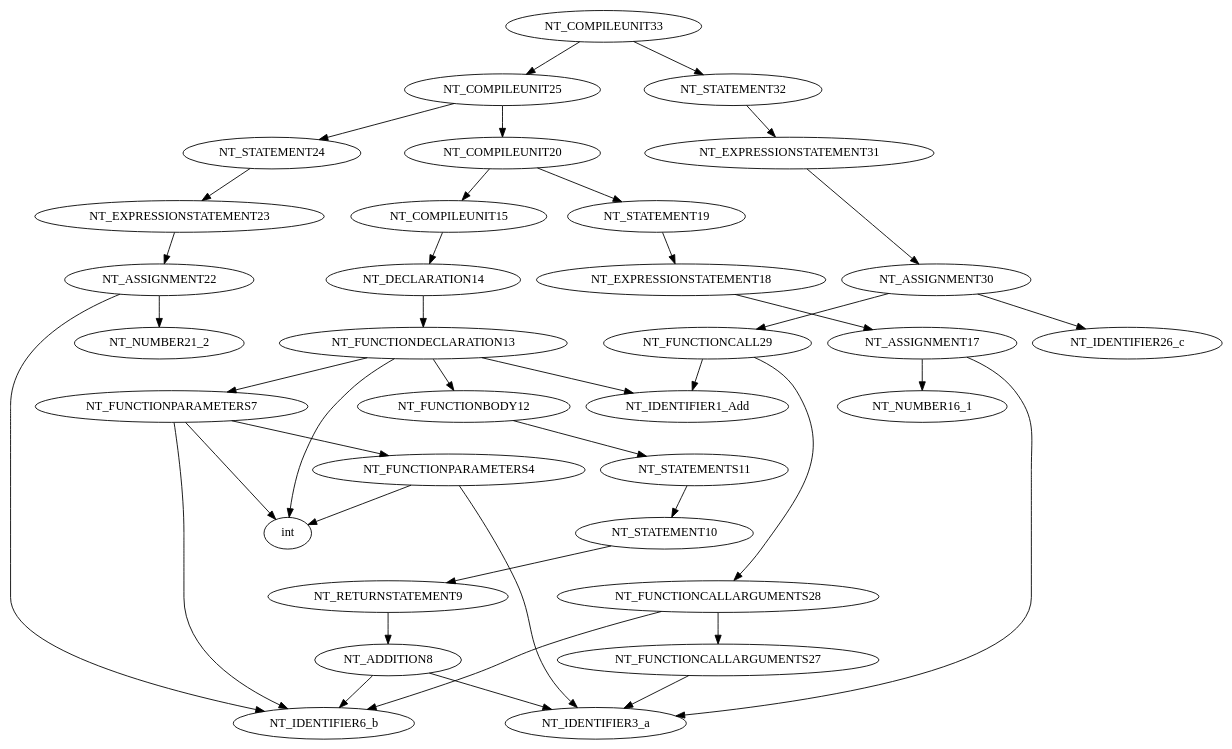
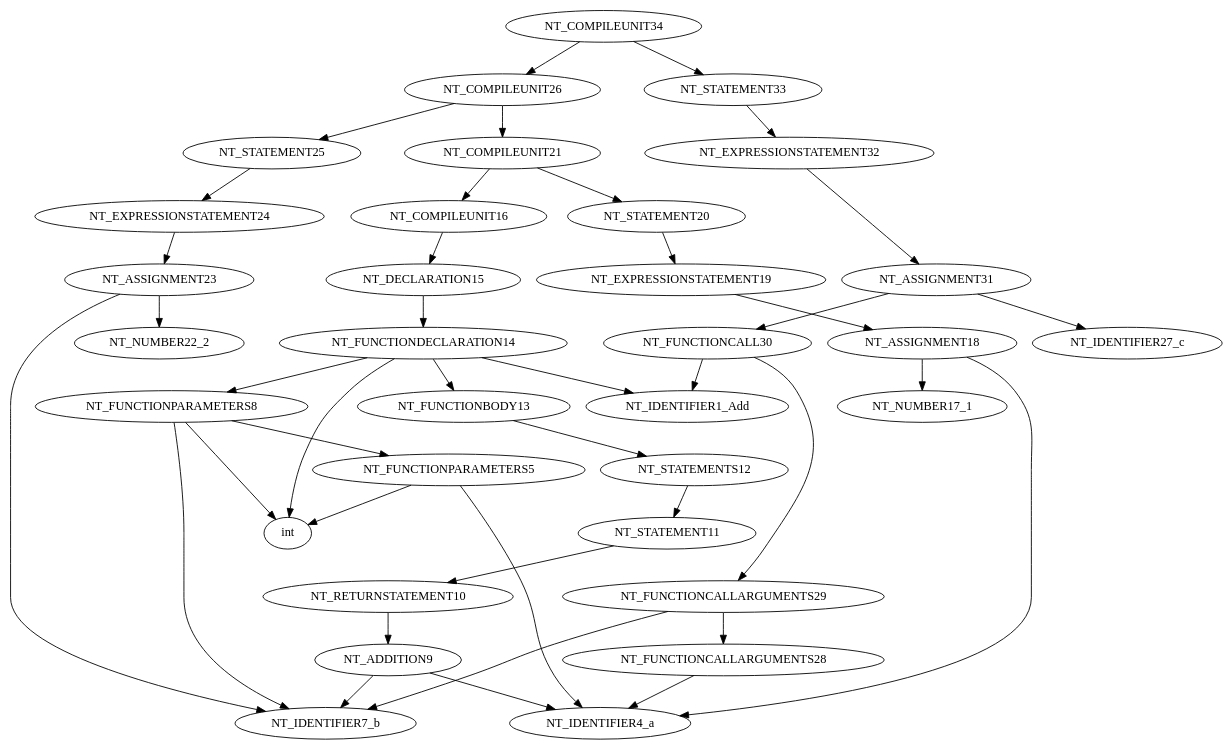
The diagram in BisonIntro/SyntaxTree.dot (dhmhgreCompilers1/BisonTutorial2022), drawn with Graphviz before and after one commit. The commit also changed 5 other files, not shown here.

```diff
--- a/BisonIntro/SyntaxTree.dot
+++ b/BisonIntro/SyntaxTree.dot
@@ -1,42 +1,42 @@
 digraph G {
-	"NT_COMPILEUNIT33"->"NT_COMPILEUNIT25";
-	"NT_COMPILEUNIT25"->"NT_COMPILEUNIT20";
-	"NT_COMPILEUNIT20"->"NT_COMPILEUNIT15";
-	"NT_COMPILEUNIT15"->"NT_DECLARATION14";
-	"NT_DECLARATION14"->"NT_FUNCTIONDECLARATION13";
-	"NT_FUNCTIONDECLARATION13"->"int";
-	"NT_FUNCTIONDECLARATION13"->"NT_IDENTIFIER1_Add";
-	"NT_FUNCTIONDECLARATION13"->"NT_FUNCTIONPARAMETERS7";
-	"NT_FUNCTIONPARAMETERS7"->"NT_FUNCTIONPARAMETERS4";
-	"NT_FUNCTIONPARAMETERS4"->"int";
-	"NT_FUNCTIONPARAMETERS4"->"NT_IDENTIFIER3_a";
-	"NT_FUNCTIONPARAMETERS7"->"int";
-	"NT_FUNCTIONPARAMETERS7"->"NT_IDENTIFIER6_b";
-	"NT_FUNCTIONDECLARATION13"->"NT_FUNCTIONBODY12";
-	"NT_FUNCTIONBODY12"->"NT_STATEMENTS11";
-	"NT_STATEMENTS11"->"NT_STATEMENT10";
-	"NT_STATEMENT10"->"NT_RETURNSTATEMENT9";
-	"NT_RETURNSTATEMENT9"->"NT_ADDITION8";
-	"NT_ADDITION8"->"NT_IDENTIFIER3_a";
-	"NT_ADDITION8"->"NT_IDENTIFIER6_b";
-	"NT_COMPILEUNIT20"->"NT_STATEMENT19";
-	"NT_STATEMENT19"->"NT_EXPRESSIONSTATEMENT18";
-	"NT_EXPRESSIONSTATEMENT18"->"NT_ASSIGNMENT17";
-	"NT_ASSIGNMENT17"->"NT_IDENTIFIER3_a";
-	"NT_ASSIGNMENT17"->"NT_NUMBER16_1";
-	"NT_COMPILEUNIT25"->"NT_STATEMENT24";
-	"NT_STATEMENT24"->"NT_EXPRESSIONSTATEMENT23";
-	"NT_EXPRESSIONSTATEMENT23"->"NT_ASSIGNMENT22";
-	"NT_ASSIGNMENT22"->"NT_IDENTIFIER6_b";
-	"NT_ASSIGNMENT22"->"NT_NUMBER21_2";
-	"NT_COMPILEUNIT33"->"NT_STATEMENT32";
-	"NT_STATEMENT32"->"NT_EXPRESSIONSTATEMENT31";
-	"NT_EXPRESSIONSTATEMENT31"->"NT_ASSIGNMENT30";
-	"NT_ASSIGNMENT30"->"NT_IDENTIFIER26_c";
-	"NT_ASSIGNMENT30"->"NT_FUNCTIONCALL29";
-	"NT_FUNCTIONCALL29"->"NT_IDENTIFIER1_Add";
-	"NT_FUNCTIONCALL29"->"NT_FUNCTIONCALLARGUMENTS28";
-	"NT_FUNCTIONCALLARGUMENTS28"->"NT_FUNCTIONCALLARGUMENTS27";
-	"NT_FUNCTIONCALLARGUMENTS27"->"NT_IDENTIFIER3_a";
-	"NT_FUNCTIONCALLARGUMENTS28"->"NT_IDENTIFIER6_b";
+	"NT_COMPILEUNIT34"->"NT_COMPILEUNIT26";
+	"NT_COMPILEUNIT26"->"NT_COMPILEUNIT21";
+	"NT_COMPILEUNIT21"->"NT_COMPILEUNIT16";
+	"NT_COMPILEUNIT16"->"NT_DECLARATION15";
+	"NT_DECLARATION15"->"NT_FUNCTIONDECLARATION14";
+	"NT_FUNCTIONDECLARATION14"->"int";
+	"NT_FUNCTIONDECLARATION14"->"NT_IDENTIFIER1_Add";
+	"NT_FUNCTIONDECLARATION14"->"NT_FUNCTIONPARAMETERS8";
+	"NT_FUNCTIONPARAMETERS8"->"NT_FUNCTIONPARAMETERS5";
+	"NT_FUNCTIONPARAMETERS5"->"int";
+	"NT_FUNCTIONPARAMETERS5"->"NT_IDENTIFIER4_a";
+	"NT_FUNCTIONPARAMETERS8"->"int";
+	"NT_FUNCTIONPARAMETERS8"->"NT_IDENTIFIER7_b";
+	"NT_FUNCTIONDECLARATION14"->"NT_FUNCTIONBODY13";
+	"NT_FUNCTIONBODY13"->"NT_STATEMENTS12";
+	"NT_STATEMENTS12"->"NT_STATEMENT11";
+	"NT_STATEMENT11"->"NT_RETURNSTATEMENT10";
+	"NT_RETURNSTATEMENT10"->"NT_ADDITION9";
+	"NT_ADDITION9"->"NT_IDENTIFIER4_a";
+	"NT_ADDITION9"->"NT_IDENTIFIER7_b";
+	"NT_COMPILEUNIT21"->"NT_STATEMENT20";
+	"NT_STATEMENT20"->"NT_EXPRESSIONSTATEMENT19";
+	"NT_EXPRESSIONSTATEMENT19"->"NT_ASSIGNMENT18";
+	"NT_ASSIGNMENT18"->"NT_IDENTIFIER4_a";
+	"NT_ASSIGNMENT18"->"NT_NUMBER17_1";
+	"NT_COMPILEUNIT26"->"NT_STATEMENT25";
+	"NT_STATEMENT25"->"NT_EXPRESSIONSTATEMENT24";
+	"NT_EXPRESSIONSTATEMENT24"->"NT_ASSIGNMENT23";
+	"NT_ASSIGNMENT23"->"NT_IDENTIFIER7_b";
+	"NT_ASSIGNMENT23"->"NT_NUMBER22_2";
+	"NT_COMPILEUNIT34"->"NT_STATEMENT33";
+	"NT_STATEMENT33"->"NT_EXPRESSIONSTATEMENT32";
+	"NT_EXPRESSIONSTATEMENT32"->"NT_ASSIGNMENT31";
+	"NT_ASSIGNMENT31"->"NT_IDENTIFIER27_c";
+	"NT_ASSIGNMENT31"->"NT_FUNCTIONCALL30";
+	"NT_FUNCTIONCALL30"->"NT_IDENTIFIER1_Add";
+	"NT_FUNCTIONCALL30"->"NT_FUNCTIONCALLARGUMENTS29";
+	"NT_FUNCTIONCALLARGUMENTS29"->"NT_FUNCTIONCALLARGUMENTS28";
+	"NT_FUNCTIONCALLARGUMENTS28"->"NT_IDENTIFIER4_a";
+	"NT_FUNCTIONCALLARGUMENTS29"->"NT_IDENTIFIER7_b";
 }
```
